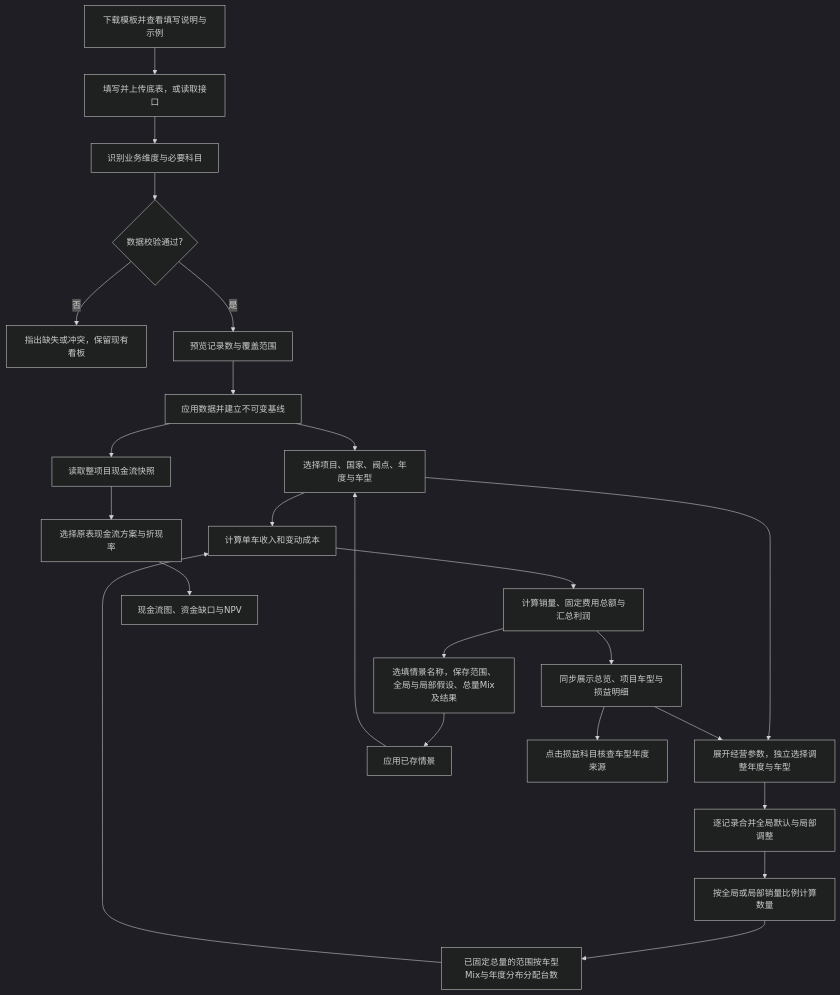
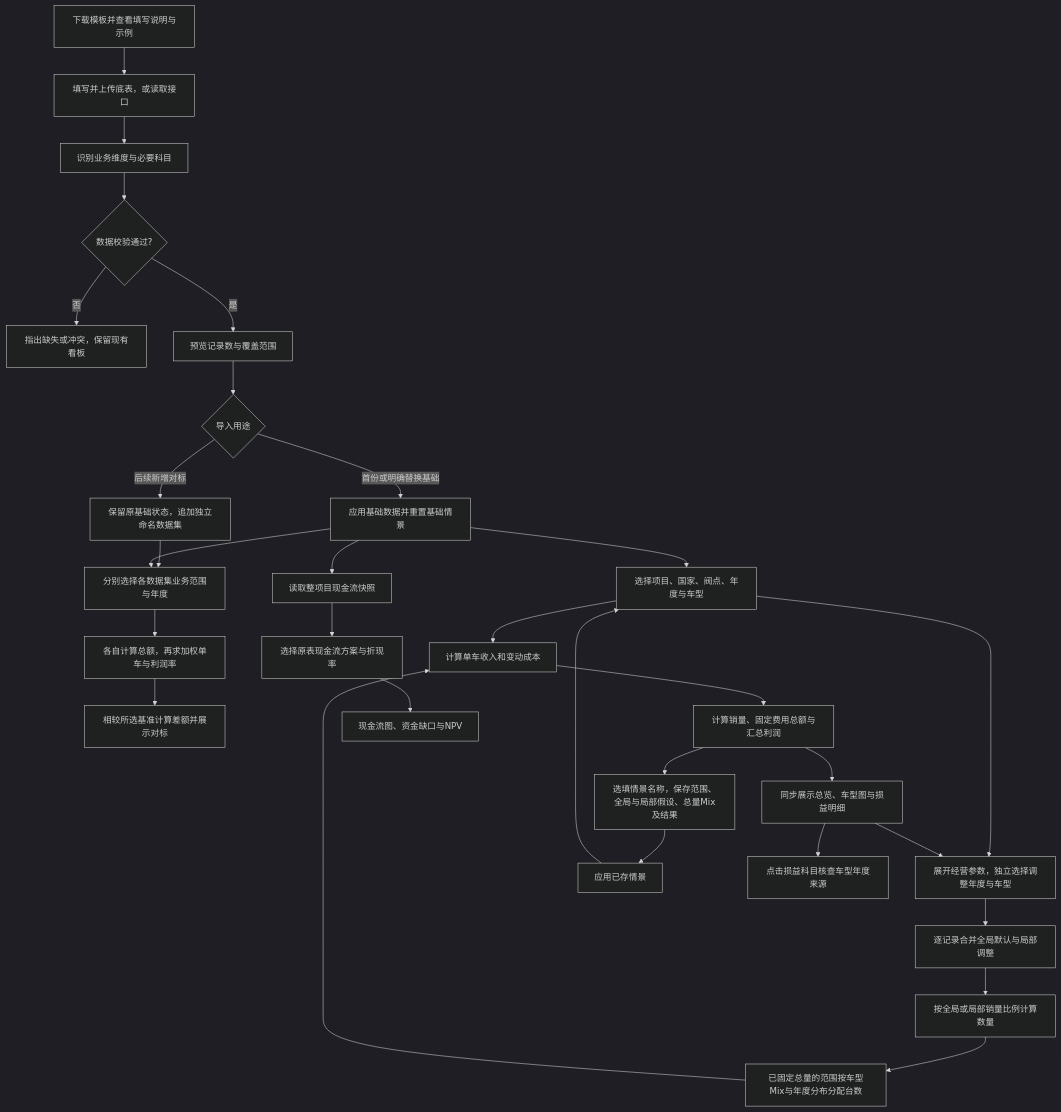
One commit to yinpengtao2002-ai/yinpengtao2002-ai.github.io changed the diagram in public/checkmi/业务逻辑说明.md. Above: the diagram before and after it, drawn with Mermaid (dark theme). The commit also changed other lines of this file and 12 other files, not shown here.

````diff
--- a/public/checkmi/业务逻辑说明.md
+++ b/public/checkmi/业务逻辑说明.md
@@ -49,26 +50,32 @@
 ```mermaid
 flowchart TD
  A0[下载模板并查看填写说明与示例] --> A[填写并上传底表，或读取接口]
  A --> B[识别业务维度与必要科目]
  B --> C{数据校验通过?}
  C -- 否 --> D[指出缺失或冲突，保留现有看板]
  C -- 是 --> E[预览记录数与覆盖范围]
- E --> F[应用数据并建立不可变基线]
+ E --> F0{导入用途}
+ F0 -- 首份或明确替换基础 --> F[应用基础数据并重置基础情景]
+ F0 -- 后续新增对标 --> B0[保留原基础状态，追加独立命名数据集]
+ B0 --> B1[分别选择各数据集业务范围与年度]
+ F --> B1
+ B1 --> B2[各自计算总额，再求加权单车与利润率]
+ B2 --> B3[相较所选基准计算差额并展示对标]
  F --> G[选择项目、国家、阀点、年度与车型]
  G --> H
  G --> K[展开经营参数，独立选择调整年度与车型]
  K --> K2[逐记录合并全局默认与局部调整]
  K2 --> K3[按全局或局部销量比例计算数量]
  K3 --> K4[已固定总量的范围按车型Mix与年度分布分配台数]
  K4 --> H[计算单车收入和变动成本]
  H --> I[计算销量、固定费用总额与汇总利润]
- I --> J[同步展示总览、项目车型与损益明细]
+ I --> J[同步展示总览、车型图与损益明细]
  J --> K
  I --> L[选填情景名称，保存范围、全局与局部假设、总量Mix及结果]
  L --> P[应用已存情景]
  P --> G
  J --> Q[点击损益科目核查车型年度来源]
  F --> M[读取整项目现金流快照]
  M --> N[选择原表现金流方案与折现率]
  N --> O[现金流图、资金缺口与NPV]
 ```
````
